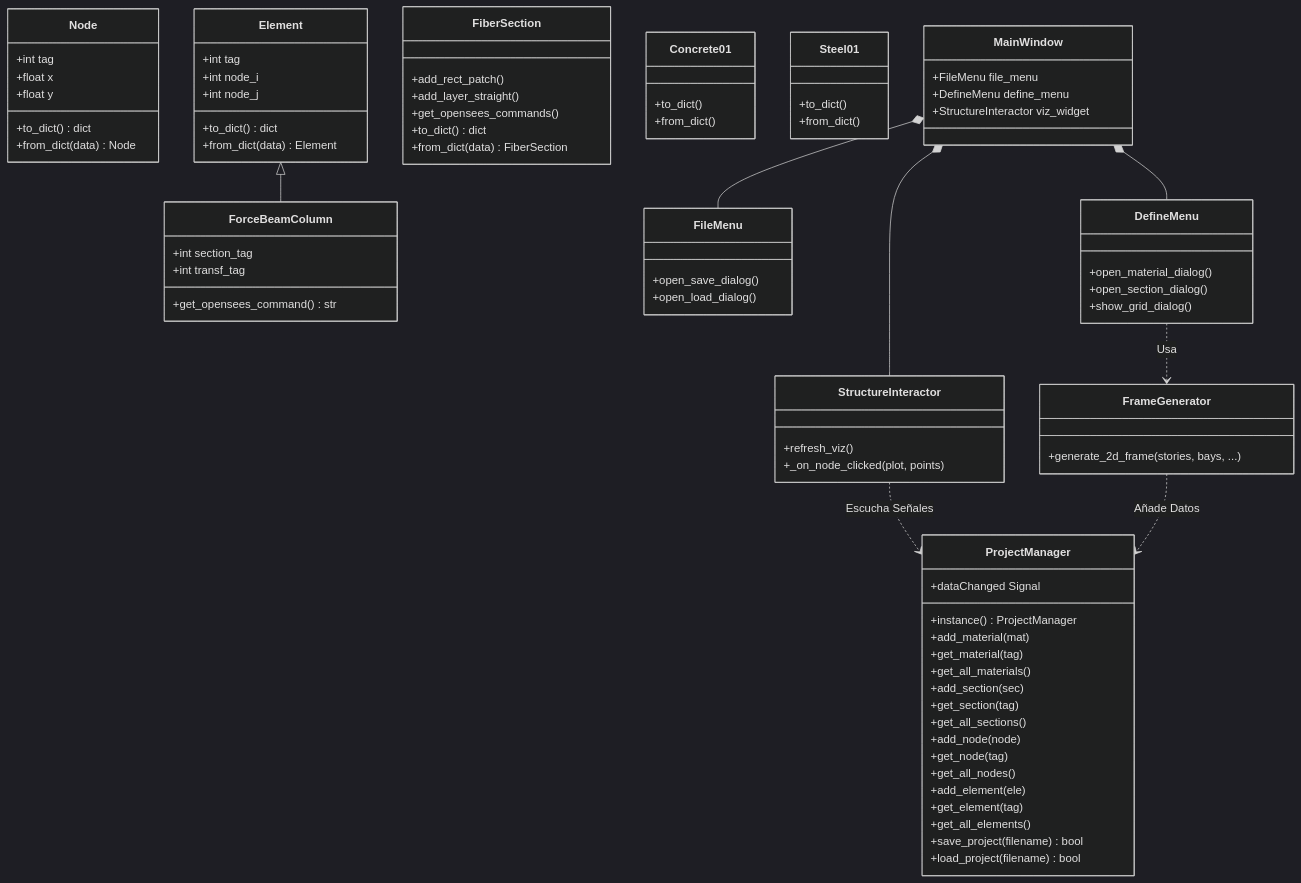
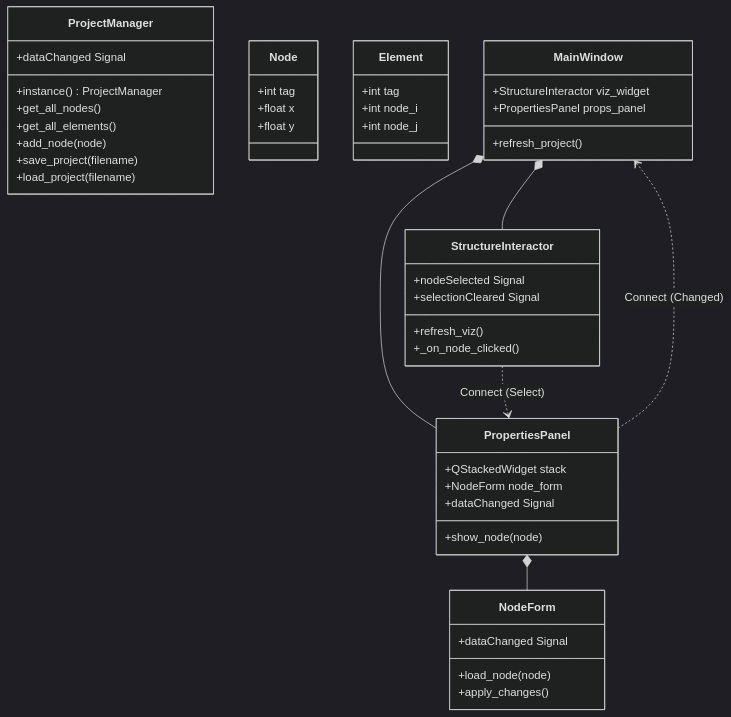
One commit to Scag95/AP-GUI changed the second of 2 diagrams in ARCHITECTURE.md. Above: the diagram before and after it, drawn with Mermaid (dark theme). The commit also changed other lines of this file and 6 other files, not shown here.

````diff
--- a/ARCHITECTURE.md
+++ b/ARCHITECTURE.md
@@ -62,25 +69,13 @@
     class ProjectManager {
         +instance() ProjectManager
         +dataChanged Signal
-        %% Materiales
-        +add_material(mat)
-        +get_material(tag)
-        +get_all_materials()
-        %% Secciones
-        +add_section(sec)
-        +get_section(tag)
-        +get_all_sections()
-        %% Nodos
+        %% Materiales/Secciones/Nodos/Elementos
+        +get_all_nodes()
+        +get_all_elements()
         +add_node(node)
-        +get_node(tag)
-        +get_all_nodes()
-        %% Elementos
-        +add_element(ele)
-        +get_element(tag)
-        +get_all_elements()
         %% Persistencia
-        +save_project(filename) bool
-        +load_project(filename) bool
+        +save_project(filename)
+        +load_project(filename)
     }
 
     %% --- MODEL ---
@@ -88,75 +83,45 @@
         +int tag
         +float x
         +float y
-        +to_dict() dict
-        +from_dict(data) Node
     }
 
     class Element {
         +int tag
         +int node_i
         +int node_j
-        +to_dict() dict
-        +from_dict(data) Element
-    }
-
-    class ForceBeamColumn {
-        +int section_tag
-        +int transf_tag
-        +get_opensees_command() str
-    }
-
-    Element <|-- ForceBeamColumn
-
-    class FiberSection {
-        +add_rect_patch()
-        +add_layer_straight()
-        +get_opensees_commands()
-        +to_dict() dict
-        +from_dict(data) FiberSection
-    }
-
-    class Concrete01 {
-        +to_dict()
-        +from_dict()
-    }
-    class Steel01 {
-        +to_dict()
-        +from_dict()
     }
 
     %% --- UI ---
     class MainWindow {
-        +FileMenu file_menu
-        +DefineMenu define_menu
         +StructureInteractor viz_widget
+        +PropertiesPanel props_panel
+        +refresh_project()
     }
 
     class StructureInteractor {
         +refresh_viz()
-        +_on_node_clicked(plot, points)
+        +_on_node_clicked()
+        +nodeSelected Signal
+        +selectionCleared Signal
     }
     
-    class FileMenu {
-        +open_save_dialog()
-        +open_load_dialog()
-    }
-    
-    class DefineMenu {
-        +open_material_dialog()
-        +open_section_dialog()
-        +show_grid_dialog()
+    class PropertiesPanel {
+        +QStackedWidget stack
+        +NodeForm node_form
+        +show_node(node)
+        +dataChanged Signal
     }
 
-    class FrameGenerator {
-        +generate_2d_frame(stories, bays, ...)
+    class NodeForm {
+        +load_node(node)
+        +apply_changes()
+        +dataChanged Signal
     }
 
     %% --- RELACIONES ---
     MainWindow *-- StructureInteractor
-    MainWindow *-- FileMenu
-    MainWindow *-- DefineMenu
-    DefineMenu ..> FrameGenerator : Usa
-    StructureInteractor ..> ProjectManager : Escucha Señales
-    FrameGenerator ..> ProjectManager : Añade Datos
+    MainWindow *-- PropertiesPanel
+    PropertiesPanel *-- NodeForm
+    StructureInteractor ..> PropertiesPanel : Connect (Select)
+    PropertiesPanel ..> MainWindow : Connect (Changed)
 ```
````
